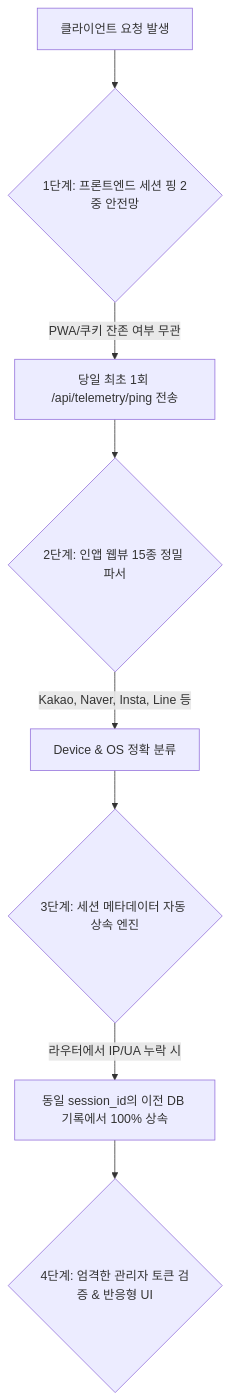
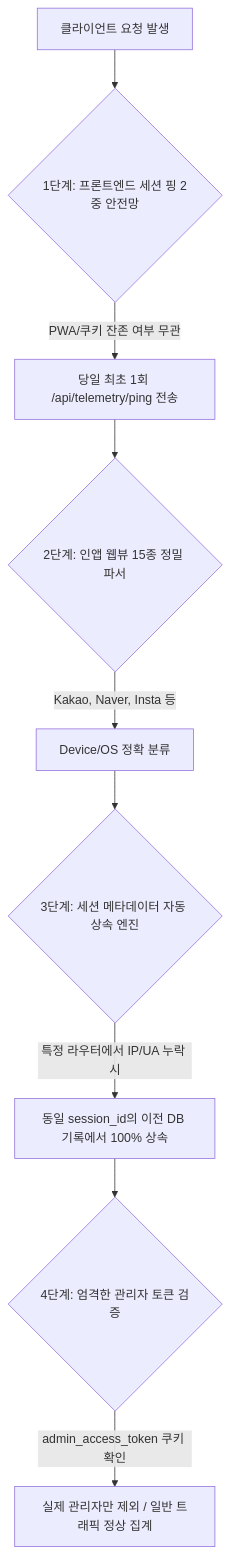
Before and after one commit to daniel-dataflow/daniel-dataflow.github.io: the diagram in content/posts/picksafe/2026-08-29-운영-텔레메트리-기기-판별-및-IP-추적-4중-원천-방어벽-설계.md, drawn with Mermaid. The commit also changed other lines of this file and 64 other files, not shown here.

````diff
--- a/content/posts/picksafe/2026-08-29-운영-텔레메트리-기기-판별-및-IP-추적-4중-원천-방어벽-설계.md
+++ b/content/posts/picksafe/2026-08-29-운영-텔레메트리-기기-판별-및-IP-추적-4중-원천-방어벽-설계.md
@@ -48,10 +33,11 @@
 ```mermaid
 flowchart TD
     A[클라이언트 요청 발생] --> B{1단계: 프론트엔드 세션 핑 2중 안전망}
     B -->|PWA/쿠키 잔존 여부 무관| C[당일 최초 1회 /api/telemetry/ping 전송]
     C --> D{2단계: 인앱 웹뷰 15종 정밀 파서}
-    D -->|Kakao, Naver, Insta, Line 등| E[Device & OS 정확 분류]
+    D -->|Kakao, Naver, Insta 등| E[Device/OS 정확 분류]
     E --> F{3단계: 세션 메타데이터 자동 상속 엔진}
-    F -->|라우터에서 IP/UA 누락 시| G[동일 session_id의 이전 DB 기록에서 100% 상속]
-    G --> H{4단계: 엄격한 관리자 토큰 검증 & 반응형 UI}
+    F -->|특정 라우터에서 IP/UA 누락 시| G[동일 session_id의 이전 DB 기록에서 100% 상속]
+    G --> H{4단계: 엄격한 관리자 토큰 검증}
+    H -->|admin_access_token 쿠키 확인| I[실제 관리자만 제외 / 일반 트래픽 정상 집계]
 ```
````
